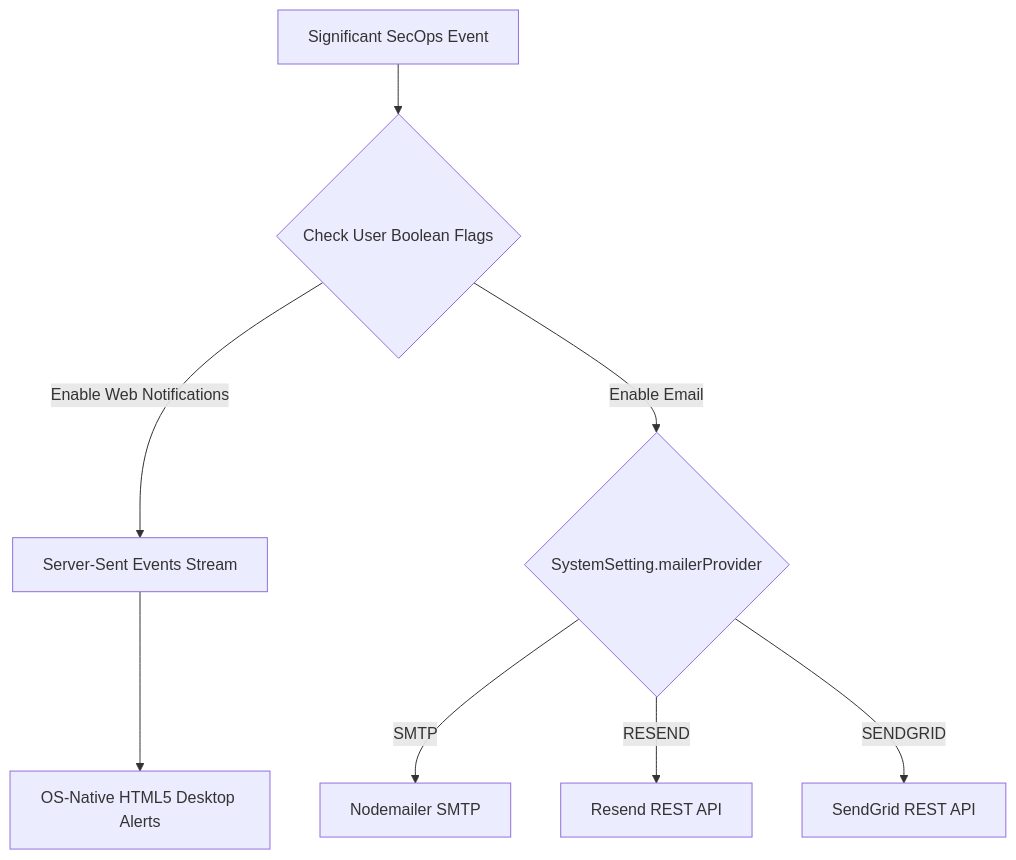
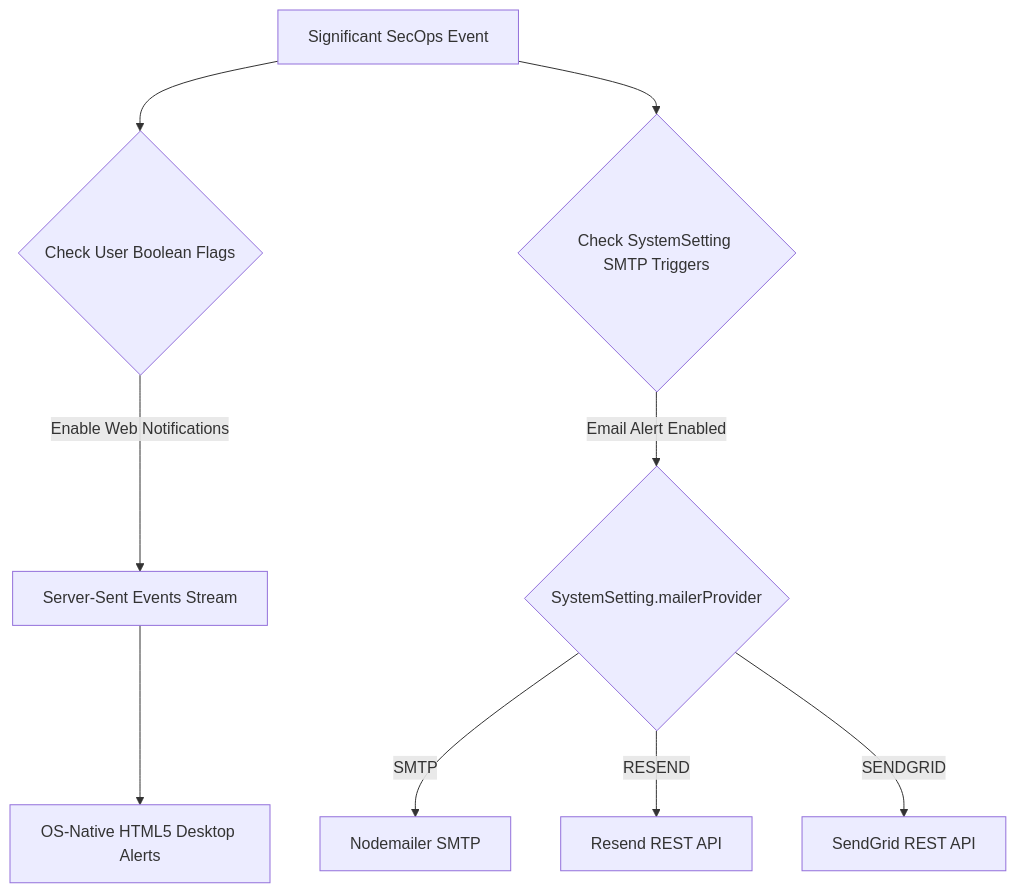
One commit to Cyber-Sec-Space/openticket changed the fifth of 7 diagrams in docs/ARCHITECTURE.md. Above: the diagram before and after it, drawn with Mermaid. The commit also changed 1 other file, not shown here.

Commit message:
docs: Decouple Omni-channel Notification architecture diagram separating global SMTP triggers from local SSE user flags

````diff
--- a/docs/ARCHITECTURE.md
+++ b/docs/ARCHITECTURE.md
@@ -247,10 +247,11 @@
 ```mermaid
 graph TD
-    SystemEvent[Significant SecOps Event] --> NotificationRouter{"Check User Boolean Flags"}
-    NotificationRouter -- "Enable Web Notifications" --> SSEQueue[Server-Sent Events Stream]
-    NotificationRouter -- "Enable Email" --> MailerEngine{"SystemSetting.mailerProvider"}
+    SystemEvent[Significant SecOps Event] --> UPRouter{"Check User Boolean Flags"}
+    SystemEvent --> SysRouter{"Check SystemSetting SMTP Triggers"}
+    UPRouter -- "Enable Web Notifications" --> SSEQueue[Server-Sent Events Stream]
+    SysRouter -- "Email Alert Enabled" --> MailerEngine{"SystemSetting.mailerProvider"}
     SSEQueue --> DesktopAlerts[OS-Native HTML5 Desktop Alerts]
     MailerEngine -- "SMTP" --> SMTP_Provider[Nodemailer SMTP]
     MailerEngine -- "RESEND" --> Resend_API[Resend REST API]
     MailerEngine -- "SENDGRID" --> SendGrid_API[SendGrid REST API]
 ```
````
